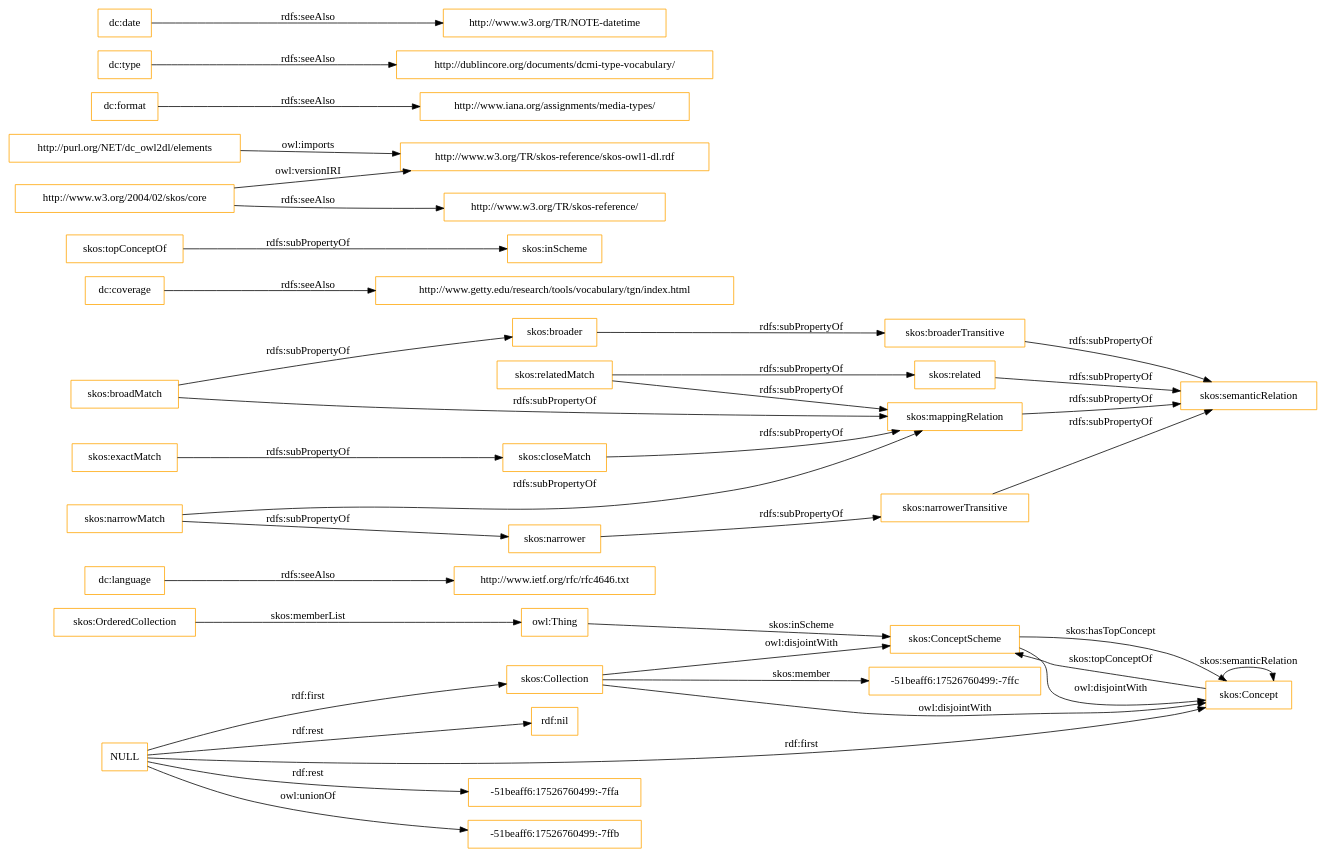
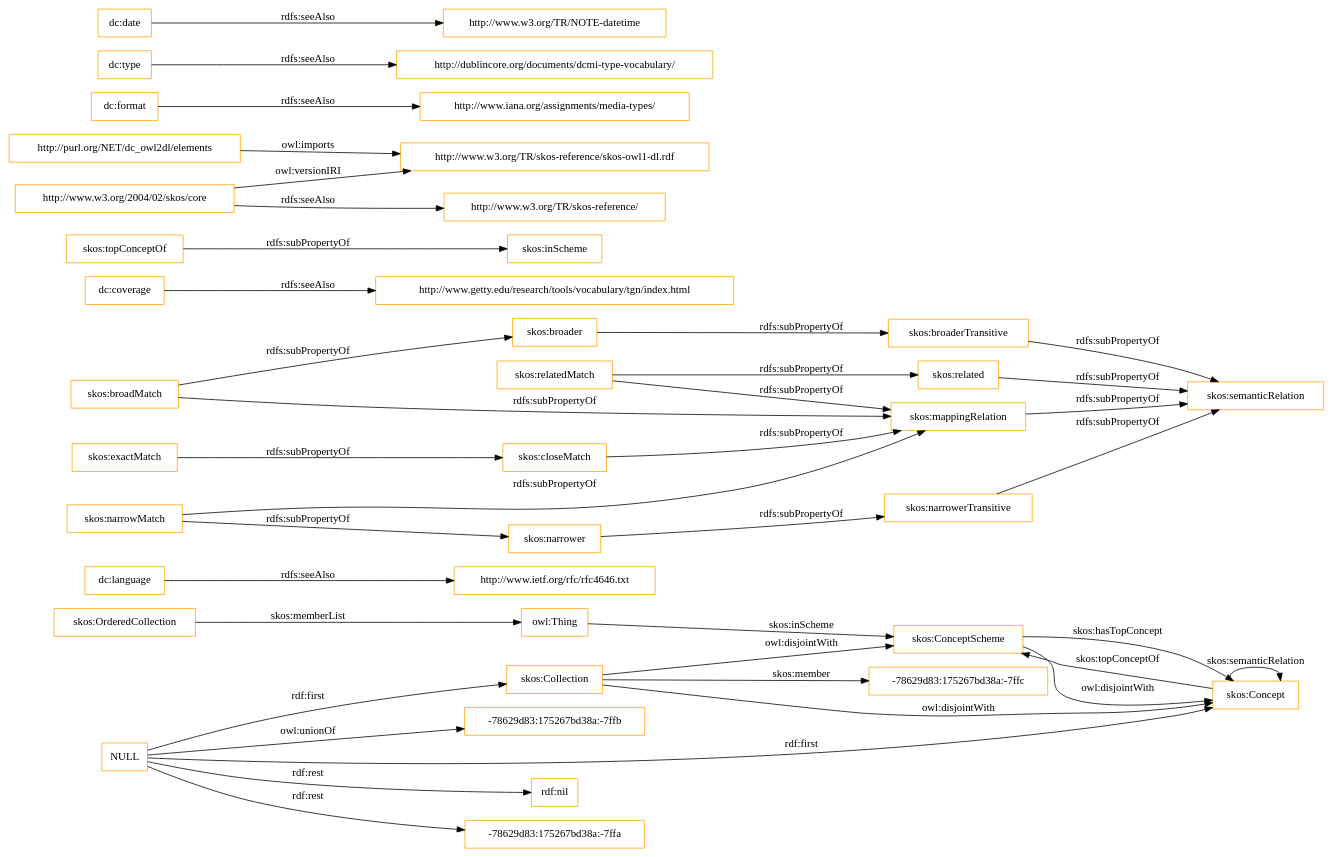
One commit to OnToologyUser/core-ontology-1 changed the diagram in OnToology/imports/elements.owl/diagrams/ar2dtool-class/elements.owl.png.dot. Above: the diagram before and after it, drawn with Graphviz. The commit also changed 14 other files, not shown here.

```diff
--- a/OnToology/imports/elements.owl/diagrams/ar2dtool-class/elements.owl.png.dot
+++ b/OnToology/imports/elements.owl/diagrams/ar2dtool-class/elements.owl.png.dot
@@ -1,43 +1,43 @@
 digraph ar2dtool_diagram { 
 rankdir=LR;
 size="1501"
-node [shape = rectangle, color="orange"]; "-51beaff6:17526760499:-7ffc" "skos:OrderedCollection" "skos:Collection" "skos:ConceptScheme" "skos:Concept" ; /*classes style*/
+node [shape = rectangle, color="orange"]; "-78629d83:175267bd38a:-7ffc" "skos:OrderedCollection" "skos:Collection" "skos:ConceptScheme" "skos:Concept" ; /*classes style*/
 	"dc:language" -> "http://www.ietf.org/rfc/rfc4646.txt" [ label = "rdfs:seeAlso" ];
-	"NULL" -> "-51beaff6:17526760499:-7ffa" [ label = "rdf:rest" ];
-	"NULL" -> "skos:Concept" [ label = "rdf:first" ];
-	"NULL" -> "-51beaff6:17526760499:-7ffb" [ label = "owl:unionOf" ];
 	"NULL" -> "rdf:nil" [ label = "rdf:rest" ];
 	"NULL" -> "skos:Collection" [ label = "rdf:first" ];
+	"NULL" -> "-78629d83:175267bd38a:-7ffa" [ label = "rdf:rest" ];
+	"NULL" -> "skos:Concept" [ label = "rdf:first" ];
+	"NULL" -> "-78629d83:175267bd38a:-7ffb" [ label = "owl:unionOf" ];
 	"skos:closeMatch" -> "skos:mappingRelation" [ label = "rdfs:subPropertyOf" ];
 	"dc:coverage" -> "http://www.getty.edu/research/tools/vocabulary/tgn/index.html" [ label = "rdfs:seeAlso" ];
 	"skos:relatedMatch" -> "skos:related" [ label = "rdfs:subPropertyOf" ];
 	"skos:relatedMatch" -> "skos:mappingRelation" [ label = "rdfs:subPropertyOf" ];
 	"skos:ConceptScheme" -> "skos:Concept" [ label = "owl:disjointWith" ];
 	"skos:related" -> "skos:semanticRelation" [ label = "rdfs:subPropertyOf" ];
 	"skos:topConceptOf" -> "skos:inScheme" [ label = "rdfs:subPropertyOf" ];
 	"skos:broadMatch" -> "skos:broader" [ label = "rdfs:subPropertyOf" ];
 	"skos:broadMatch" -> "skos:mappingRelation" [ label = "rdfs:subPropertyOf" ];
 	"http://purl.org/NET/dc_owl2dl/elements" -> "http://www.w3.org/TR/skos-reference/skos-owl1-dl.rdf" [ label = "owl:imports" ];
 	"skos:exactMatch" -> "skos:closeMatch" [ label = "rdfs:subPropertyOf" ];
 	"dc:format" -> "http://www.iana.org/assignments/media-types/" [ label = "rdfs:seeAlso" ];
 	"skos:broaderTransitive" -> "skos:semanticRelation" [ label = "rdfs:subPropertyOf" ];
 	"dc:type" -> "http://dublincore.org/documents/dcmi-type-vocabulary/" [ label = "rdfs:seeAlso" ];
 	"skos:broader" -> "skos:broaderTransitive" [ label = "rdfs:subPropertyOf" ];
 	"skos:mappingRelation" -> "skos:semanticRelation" [ label = "rdfs:subPropertyOf" ];
 	"http://www.w3.org/2004/02/skos/core" -> "http://www.w3.org/TR/skos-reference/skos-owl1-dl.rdf" [ label = "owl:versionIRI" ];
 	"http://www.w3.org/2004/02/skos/core" -> "http://www.w3.org/TR/skos-reference/" [ label = "rdfs:seeAlso" ];
 	"skos:Collection" -> "skos:ConceptScheme" [ label = "owl:disjointWith" ];
 	"skos:Collection" -> "skos:Concept" [ label = "owl:disjointWith" ];
 	"skos:narrowMatch" -> "skos:narrower" [ label = "rdfs:subPropertyOf" ];
 	"skos:narrowMatch" -> "skos:mappingRelation" [ label = "rdfs:subPropertyOf" ];
 	"skos:narrower" -> "skos:narrowerTransitive" [ label = "rdfs:subPropertyOf" ];
 	"dc:date" -> "http://www.w3.org/TR/NOTE-datetime" [ label = "rdfs:seeAlso" ];
 	"skos:narrowerTransitive" -> "skos:semanticRelation" [ label = "rdfs:subPropertyOf" ];
 	"skos:OrderedCollection" -> "owl:Thing" [ label = "skos:memberList" ];
 	"skos:Concept" -> "skos:ConceptScheme" [ label = "skos:topConceptOf" ];
 	"skos:Concept" -> "skos:Concept" [ label = "skos:semanticRelation" ];
-	"skos:Collection" -> "-51beaff6:17526760499:-7ffc" [ label = "skos:member" ];
+	"skos:Collection" -> "-78629d83:175267bd38a:-7ffc" [ label = "skos:member" ];
 	"skos:ConceptScheme" -> "skos:Concept" [ label = "skos:hasTopConcept" ];
 	"owl:Thing" -> "skos:ConceptScheme" [ label = "skos:inScheme" ];
 
 }
```
